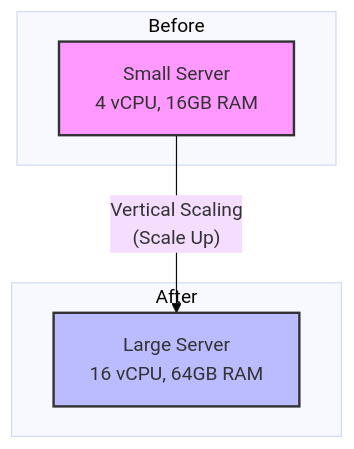
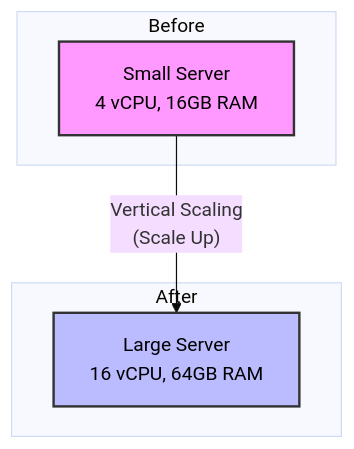
One commit to vuhung16au/ACU-ITEC617 changed the first of 2 diagrams in Week09/05.Database-Scaling.md. Above: the diagram before and after it, drawn with Mermaid (base theme). The commit also changed other lines of this file and 1 other file, not shown here.

First line of the commit message:
Add NoSQL introduction and fix diagram styling

````diff
--- a/Week09/05.Database-Scaling.md
+++ b/Week09/05.Database-Scaling.md
@@ -18,15 +18,15 @@
 ```mermaid
 graph TD
     subgraph Before
         A[Small Server<br/>4 vCPU, 16GB RAM]
     end
     
     subgraph After
         B[Large Server<br/>16 vCPU, 64GB RAM]
     end
     
     A --"Vertical Scaling<br/>(Scale Up)"--> B
     
-    style A fill:#f9f,stroke:#333,stroke-width:2px
-    style B fill:#bbf,stroke:#333,stroke-width:2px
+    style A fill:#f9f,stroke:#333,stroke-width:2px,color:#000
+    style B fill:#bbf,stroke:#333,stroke-width:2px,color:#000
 ```
````
